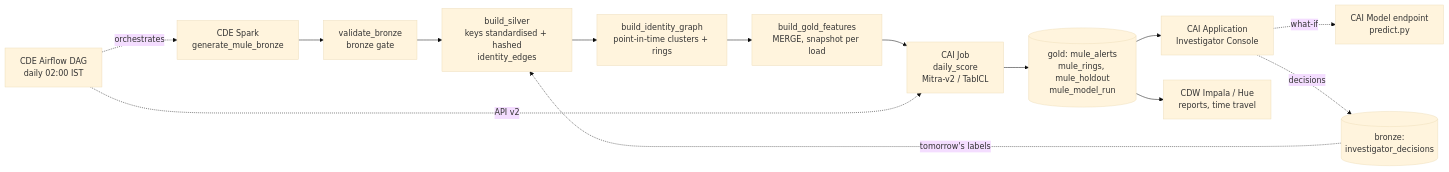
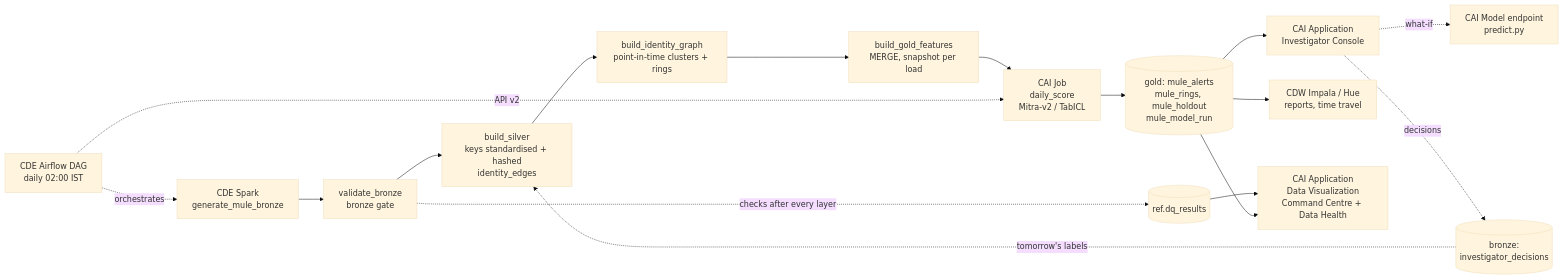
Before and after one commit to partomia/Mule-Account-Identifier: the diagram in README.md, drawn with Mermaid (base theme). The commit also changed other lines of this file and 7 other files, not shown here.

First line of the commit message:
Data Health dashboard over ref.dq_results

````diff
--- a/README.md
+++ b/README.md
@@ -18,16 +18,19 @@
 ```mermaid
 flowchart LR
   A[CDE Spark<br/>generate_mule_bronze] --> B[validate_bronze<br/>bronze gate]
   B --> C[build_silver<br/>keys standardised + hashed<br/>identity_edges]
   C --> D[build_identity_graph<br/>point-in-time clusters + rings]
   D --> E[build_gold_features<br/>MERGE, snapshot per load]
   E --> F[CAI Job<br/>daily_score<br/>Mitra-v2 / TabICL]
   F --> G[(gold: mule_alerts<br/>mule_rings, mule_holdout<br/>mule_model_run)]
   G --> H[CAI Application<br/>Investigator Console]
   G --> I[CDW Impala / Hue<br/>reports, time travel]
+  B -. checks after every layer .-> Q[(ref.dq_results)]
+  Q --> V[CAI Application<br/>Data Visualization<br/>Command Centre + Data Health]
+  G --> V
   H -. what-if .-> J[CAI Model endpoint<br/>predict.py]
   H -. decisions .-> K[(bronze:<br/>investigator_decisions)]
   K -. tomorrow's labels .-> C
   AF[CDE Airflow DAG<br/>daily 02:00 IST] -. orchestrates .-> A
   AF -. API v2 .-> F
 ```
````
